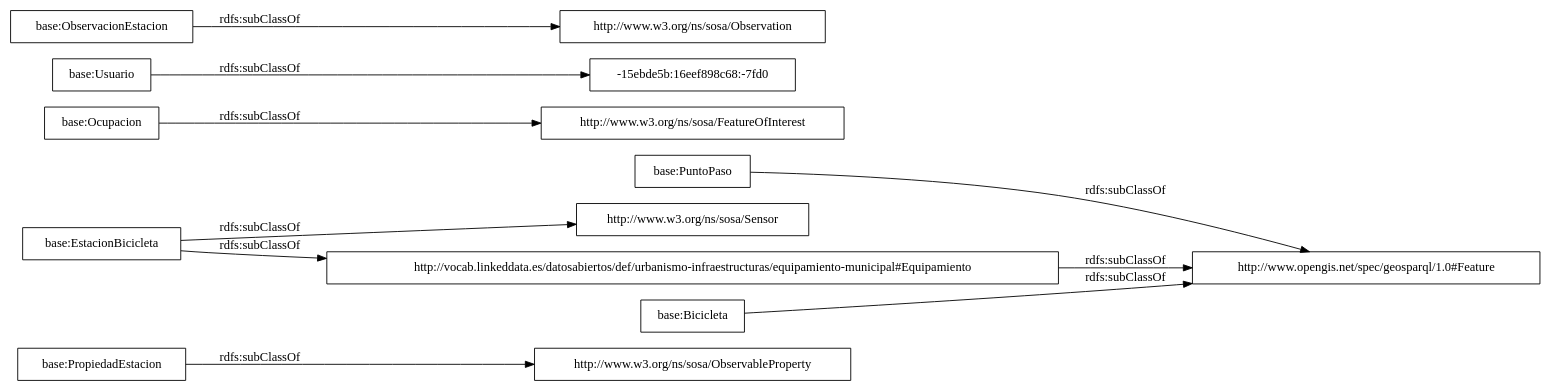
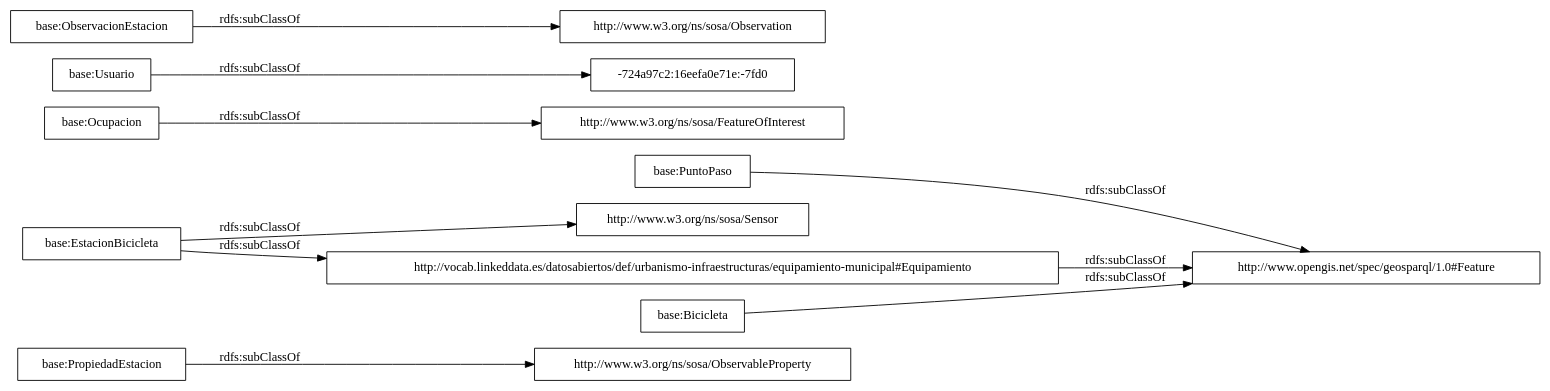
One commit to opencitydata/transporte-bici-datos-publicos changed the diagram in OnToology/Ontology/bicicleta-publica.owl/diagrams/ar2dtool-taxonomy/bicicleta-publica.owl.png.dot. Above: the diagram before and after it, drawn with Graphviz. The commit also changed 6 other files, not shown here.

```diff
--- a/OnToology/Ontology/bicicleta-publica.owl/diagrams/ar2dtool-taxonomy/bicicleta-publica.owl.png.dot
+++ b/OnToology/Ontology/bicicleta-publica.owl/diagrams/ar2dtool-taxonomy/bicicleta-publica.owl.png.dot
@@ -1,15 +1,15 @@
 digraph ar2dtool_diagram { 
 rankdir=LR;
 size="1000"
-node [shape = rectangle, color="black"]; "base:PropiedadEstacion" "base:PuntoPaso" "http://www.w3.org/ns/sosa/ObservableProperty" "http://www.w3.org/ns/sosa/FeatureOfInterest" "base:Usuario" "base:Ocupacion" "-15ebde5b:16eef898c68:-7fd0" "http://www.w3.org/ns/sosa/Observation" "http://www.w3.org/ns/sosa/Sensor" "http://vocab.linkeddata.es/datosabiertos/def/urbanismo-infraestructuras/equipamiento-municipal#Equipamiento" "base:EstacionBicicleta" "base:ObservacionEstacion" "base:Bicicleta" "http://www.opengis.net/spec/geosparql/1.0#Feature" ; /*classes style*/
+node [shape = rectangle, color="black"]; "base:PropiedadEstacion" "base:PuntoPaso" "http://www.w3.org/ns/sosa/ObservableProperty" "http://www.w3.org/ns/sosa/FeatureOfInterest" "base:Usuario" "base:Ocupacion" "http://www.w3.org/ns/sosa/Observation" "http://www.w3.org/ns/sosa/Sensor" "http://vocab.linkeddata.es/datosabiertos/def/urbanismo-infraestructuras/equipamiento-municipal#Equipamiento" "base:EstacionBicicleta" "base:ObservacionEstacion" "base:Bicicleta" "-724a97c2:16eefa0e71e:-7fd0" "http://www.opengis.net/spec/geosparql/1.0#Feature" ; /*classes style*/
 	"http://vocab.linkeddata.es/datosabiertos/def/urbanismo-infraestructuras/equipamiento-municipal#Equipamiento" -> "http://www.opengis.net/spec/geosparql/1.0#Feature" [ label = "rdfs:subClassOf" ];
 	"base:EstacionBicicleta" -> "http://vocab.linkeddata.es/datosabiertos/def/urbanismo-infraestructuras/equipamiento-municipal#Equipamiento" [ label = "rdfs:subClassOf" ];
 	"base:EstacionBicicleta" -> "http://www.w3.org/ns/sosa/Sensor" [ label = "rdfs:subClassOf" ];
-	"base:Usuario" -> "-15ebde5b:16eef898c68:-7fd0" [ label = "rdfs:subClassOf" ];
+	"base:Usuario" -> "-724a97c2:16eefa0e71e:-7fd0" [ label = "rdfs:subClassOf" ];
 	"base:Bicicleta" -> "http://www.opengis.net/spec/geosparql/1.0#Feature" [ label = "rdfs:subClassOf" ];
 	"base:PuntoPaso" -> "http://www.opengis.net/spec/geosparql/1.0#Feature" [ label = "rdfs:subClassOf" ];
 	"base:Ocupacion" -> "http://www.w3.org/ns/sosa/FeatureOfInterest" [ label = "rdfs:subClassOf" ];
 	"base:PropiedadEstacion" -> "http://www.w3.org/ns/sosa/ObservableProperty" [ label = "rdfs:subClassOf" ];
 	"base:ObservacionEstacion" -> "http://www.w3.org/ns/sosa/Observation" [ label = "rdfs:subClassOf" ];
 
 }
```
